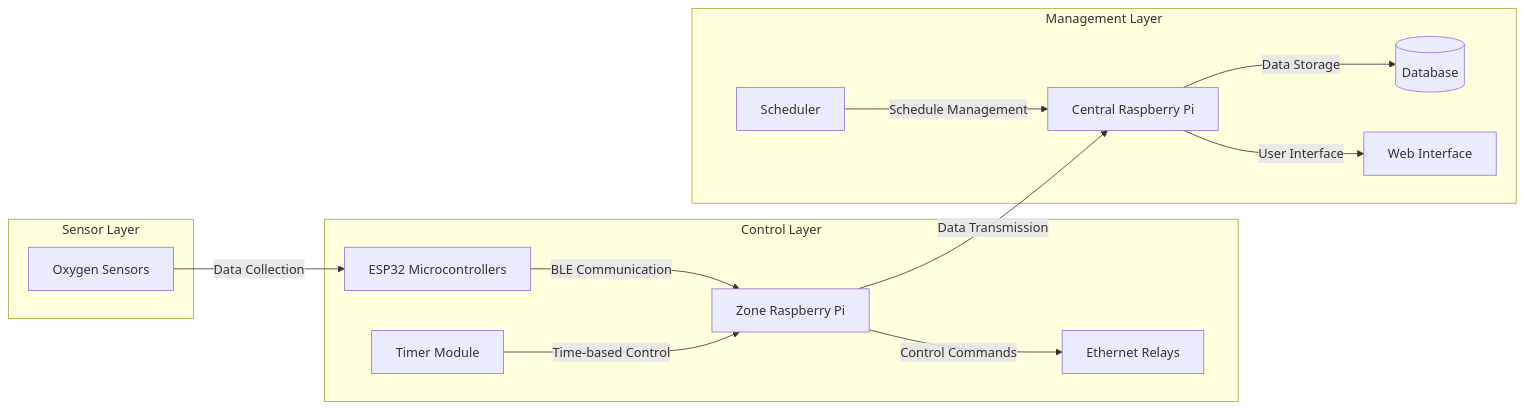
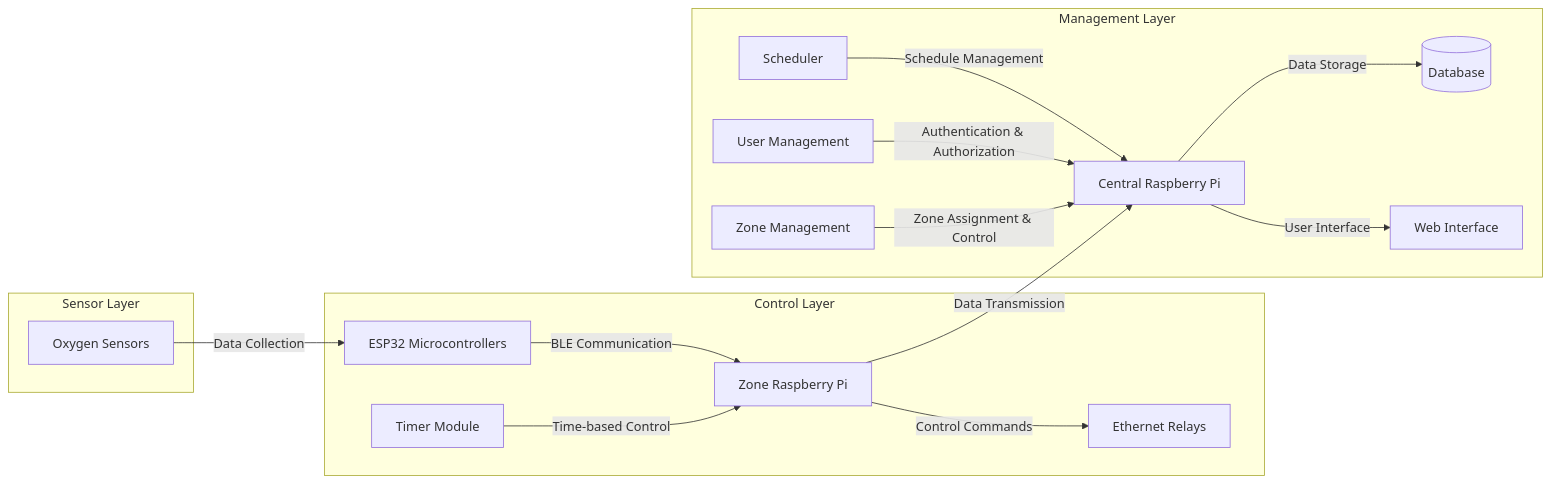
The second of 8 diagrams in docs/design_plan.md (adityatripathi05/Oxygen-Enrichment-System), drawn with Mermaid before and after one commit. The commit also changed other lines of this file, not shown here.

````diff
--- a/docs/design_plan.md
+++ b/docs/design_plan.md
@@ -98,29 +113,33 @@
 ```mermaid
 graph LR
     subgraph "Sensor Layer"
         OS[Oxygen Sensors]
     end
 
     subgraph "Control Layer"
         ESP[ESP32 Microcontrollers]
         ZRP[Zone Raspberry Pi]
         ERlay[Ethernet Relays]
         TM[Timer Module]
     end
 
     subgraph "Management Layer"
         CRP[Central Raspberry Pi]
         DB[(Database)]
         WI[Web Interface]
         SCH[Scheduler]
+        UM[User Management]
+        ZM[Zone Management]
     end
 
     OS -->|Data Collection| ESP
     ESP -->|BLE Communication| ZRP
     ZRP -->|Control Commands| ERlay
     ZRP -->|Data Transmission| CRP
     TM -->|Time-based Control| ZRP
     CRP -->|Data Storage| DB
     CRP -->|User Interface| WI
     SCH -->|Schedule Management| CRP
+    UM -->|Authentication & Authorization| CRP
+    ZM -->|Zone Assignment & Control| CRP
 ```
````
